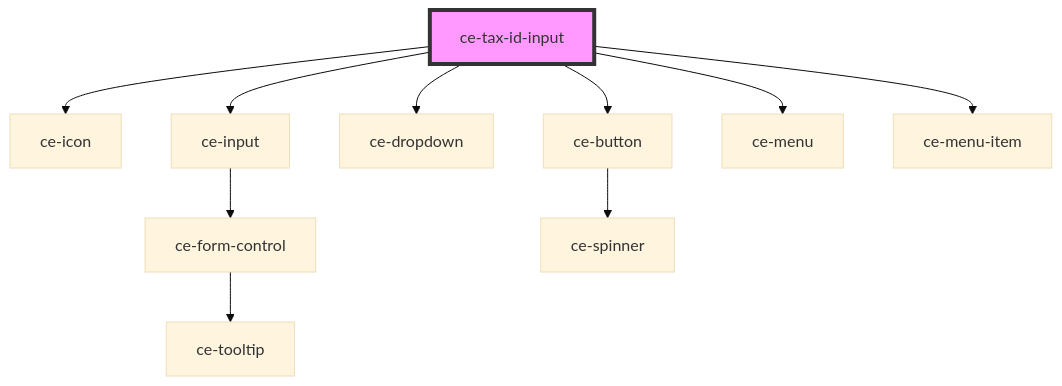
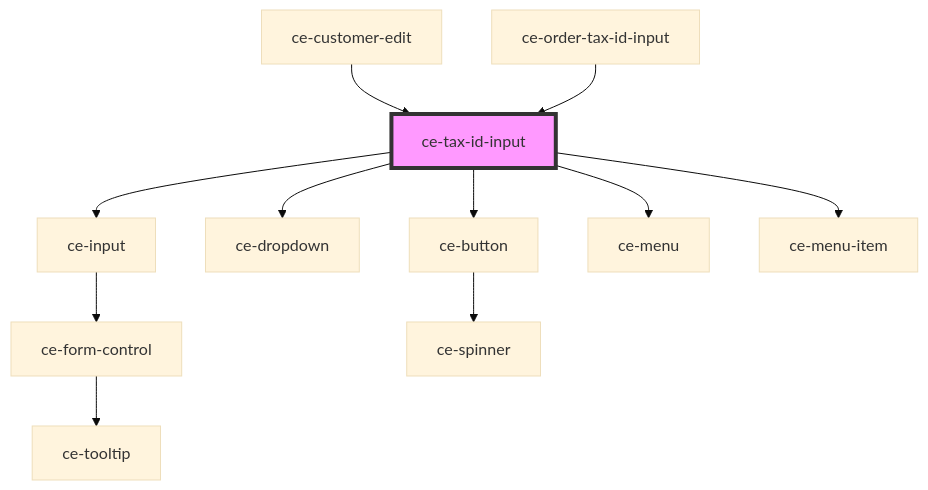
The diagram in packages/components/src/components/ui/tax-id-input/readme.md (surecart/surecart-wp-plugin), drawn with Mermaid (base theme) before and after one commit. The commit also changed other lines of this file and 27 other files, not shown here.

````diff
--- a/packages/components/src/components/ui/tax-id-input/readme.md
+++ b/packages/components/src/components/ui/tax-id-input/readme.md
@@ -30,13 +42,14 @@
 ```mermaid
 graph TD;
-  ce-tax-id-input --> ce-icon
   ce-tax-id-input --> ce-input
   ce-tax-id-input --> ce-dropdown
   ce-tax-id-input --> ce-button
   ce-tax-id-input --> ce-menu
   ce-tax-id-input --> ce-menu-item
   ce-input --> ce-form-control
   ce-form-control --> ce-tooltip
   ce-button --> ce-spinner
+  ce-customer-edit --> ce-tax-id-input
+  ce-order-tax-id-input --> ce-tax-id-input
   style ce-tax-id-input fill:#f9f,stroke:#333,stroke-width:4px
 ```
````
